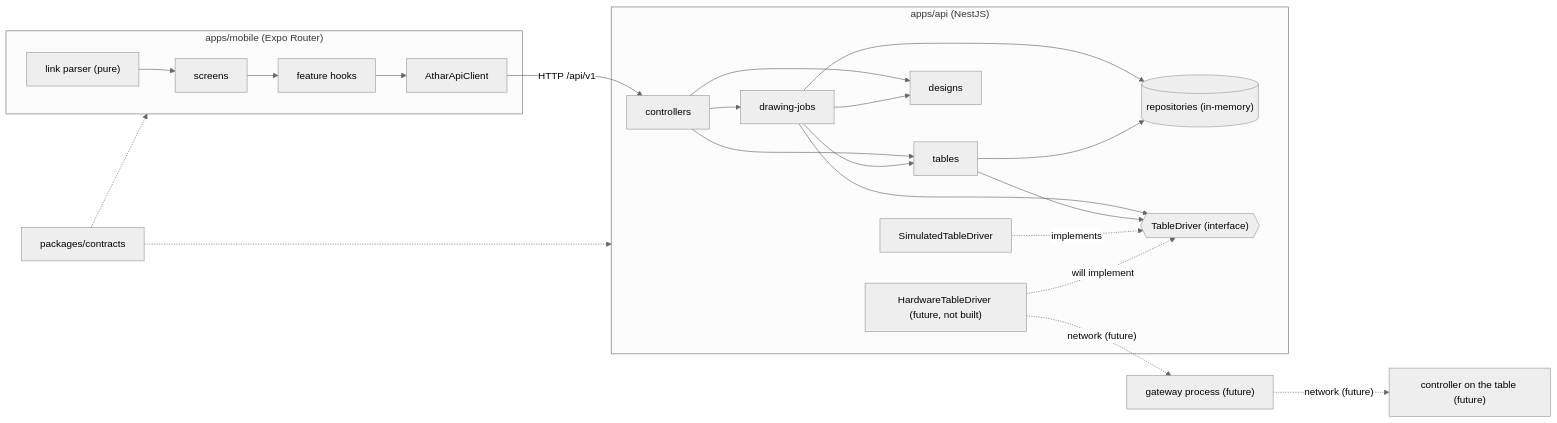
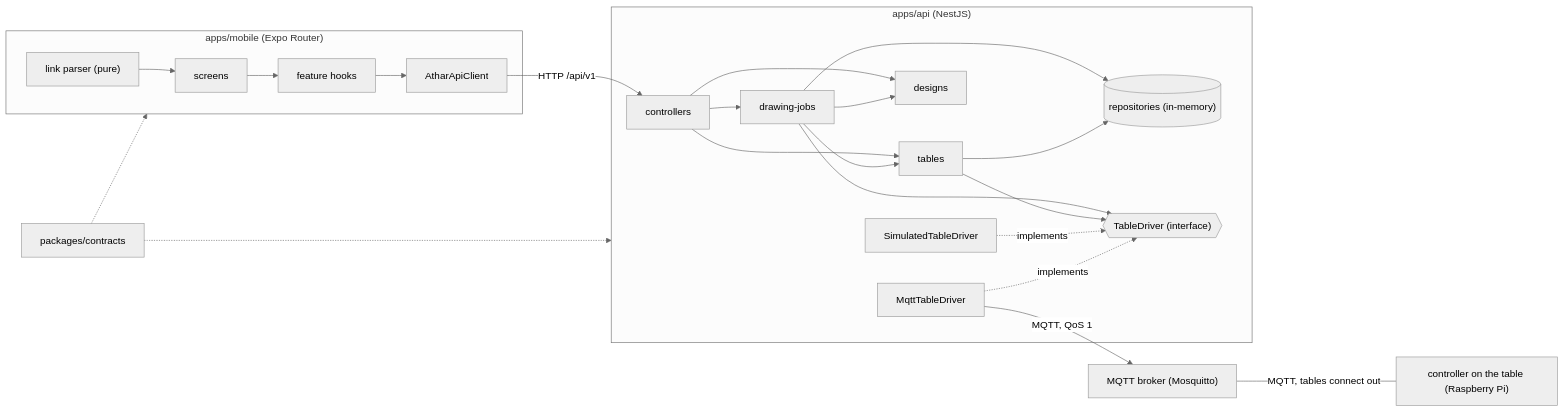
The first of 4 diagrams in docs/architecture.md (chedi-ouerghi/athar-Official), drawn with Mermaid (neutral theme) before and after one commit. The commit also changed other lines of this file and 41 other files, not shown here.

First line of the commit message:
feat(api): MQTT table driver, table claiming and sharing, free light

````diff
--- a/docs/architecture.md
+++ b/docs/architecture.md
@@ -194,30 +194,30 @@
 ```mermaid
 flowchart LR
   subgraph Mobile["apps/mobile (Expo Router)"]
     Screens["screens"] --> Hooks["feature hooks"]
     Hooks --> Client["AtharApiClient"]
     Link["link parser (pure)"] --> Screens
   end
 
   Client -- "HTTP /api/v1" --> Ctrl
 
   subgraph Api["apps/api (NestJS)"]
     Ctrl["controllers"] --> Tables["tables"]
     Ctrl --> Designs["designs"]
     Ctrl --> Jobs["drawing-jobs"]
     Jobs --> Tables
     Jobs --> Designs
     Jobs --> Repo[("repositories (in-memory)")]
     Tables --> Repo
     Jobs --> Driver{{"TableDriver (interface)"}}
     Tables --> Driver
     Sim["SimulatedTableDriver"] -. implements .-> Driver
-    Hw["HardwareTableDriver (future, not built)"] -. "will implement" .-> Driver
+    Hw["MqttTableDriver"] -. implements .-> Driver
   end
 
-  Hw -. "network (future)" .-> Gw["gateway process (future)"]
-  Gw -. "network (future)" .-> Ctl["controller on the table (future)"]
+  Hw -- "MQTT, QoS 1" --> Broker["MQTT broker (Mosquitto)"]
+  Broker -- "MQTT, tables connect out" --- Ctl["controller on the table (Raspberry Pi)"]
 
   Contracts["packages/contracts"] -.-> Mobile
   Contracts -.-> Api
 ```
````
